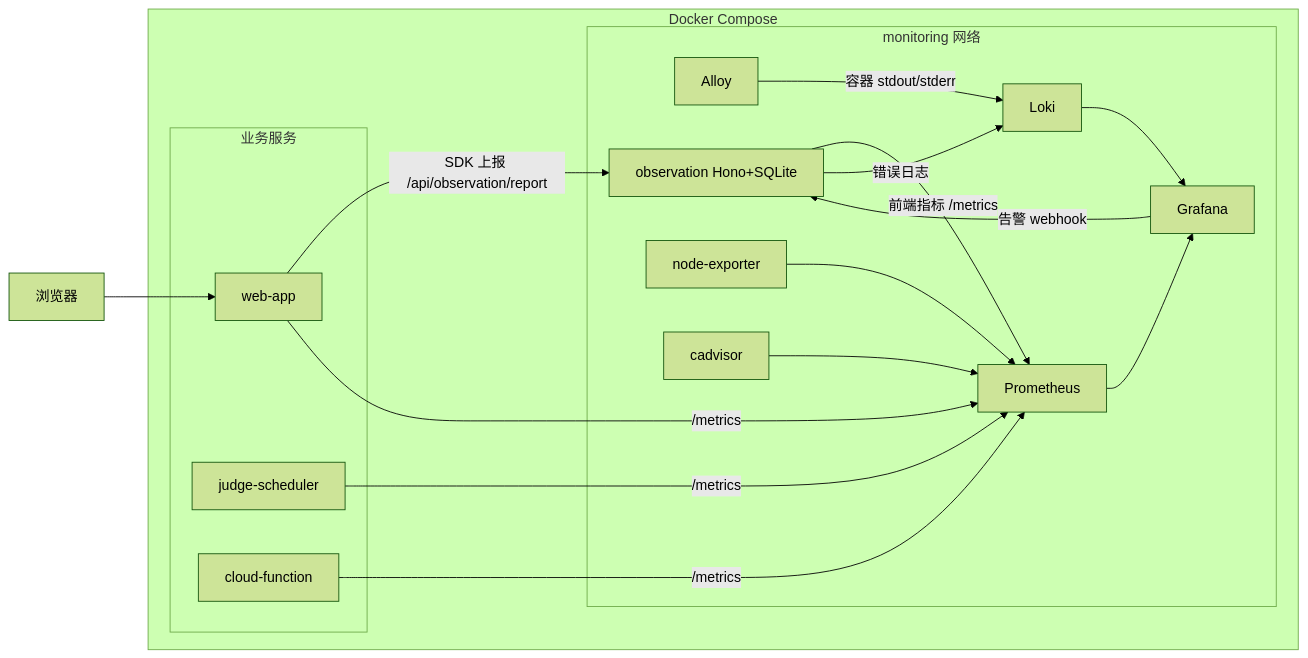
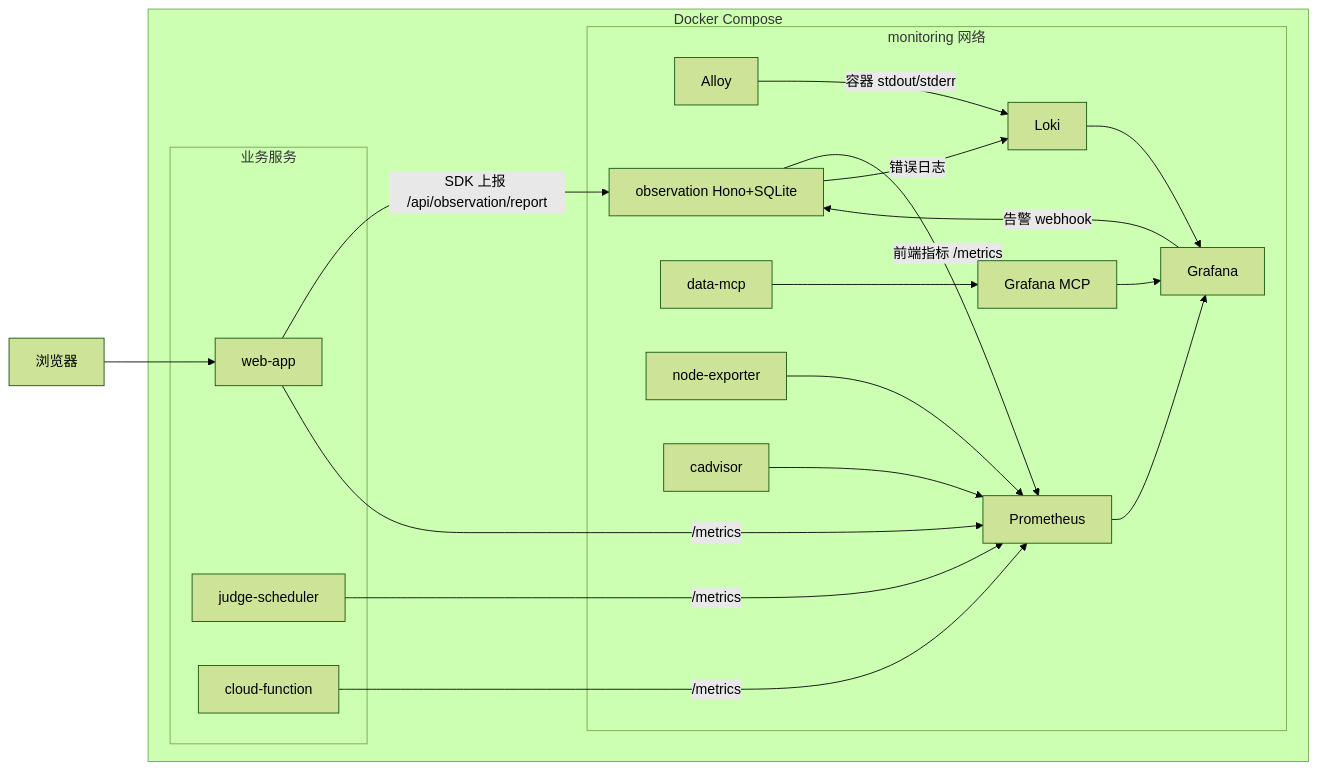
The diagram in packages/challenge-observation/README.md (QuantaCenter/quanta-challenge), drawn with Mermaid (forest theme) before and after one commit. The commit also changed other lines of this file and 29 other files, not shown here.

Commit message:
feat: add unified data MCP server

````diff
--- a/packages/challenge-observation/README.md
+++ b/packages/challenge-observation/README.md
@@ -21,35 +22,39 @@
 ```mermaid
 flowchart LR
     subgraph VPS[Docker Compose]
         subgraph 业务服务
             WEB[web-app]
             JS[judge-scheduler]
             CF[cloud-function]
         end
 
         subgraph monitoring[monitoring 网络]
             PROM[Prometheus]
             LOKI[Loki]
             ALLOY[Alloy]
             GRAF[Grafana]
             OBS[observation Hono+SQLite]
+            DMCP[data-mcp]
+            GMCP[Grafana MCP]
             NODE[node-exporter]
             CAD[cadvisor]
         end
 
         WEB -- "SDK 上报 /api/observation/report" --> OBS
         OBS -- "前端指标 /metrics" --> PROM
         OBS -- "错误日志" --> LOKI
         JS -- "/metrics" --> PROM
         CF -- "/metrics" --> PROM
         WEB -- "/metrics" --> PROM
         NODE --> PROM
         CAD --> PROM
         PROM --> GRAF
         LOKI --> GRAF
+        DMCP --> GMCP
+        GMCP --> GRAF
         ALLOY -- "容器 stdout/stderr" --> LOKI
         GRAF -- "告警 webhook" --> OBS
     end
 
     USER[浏览器] --> WEB
 ```
````
